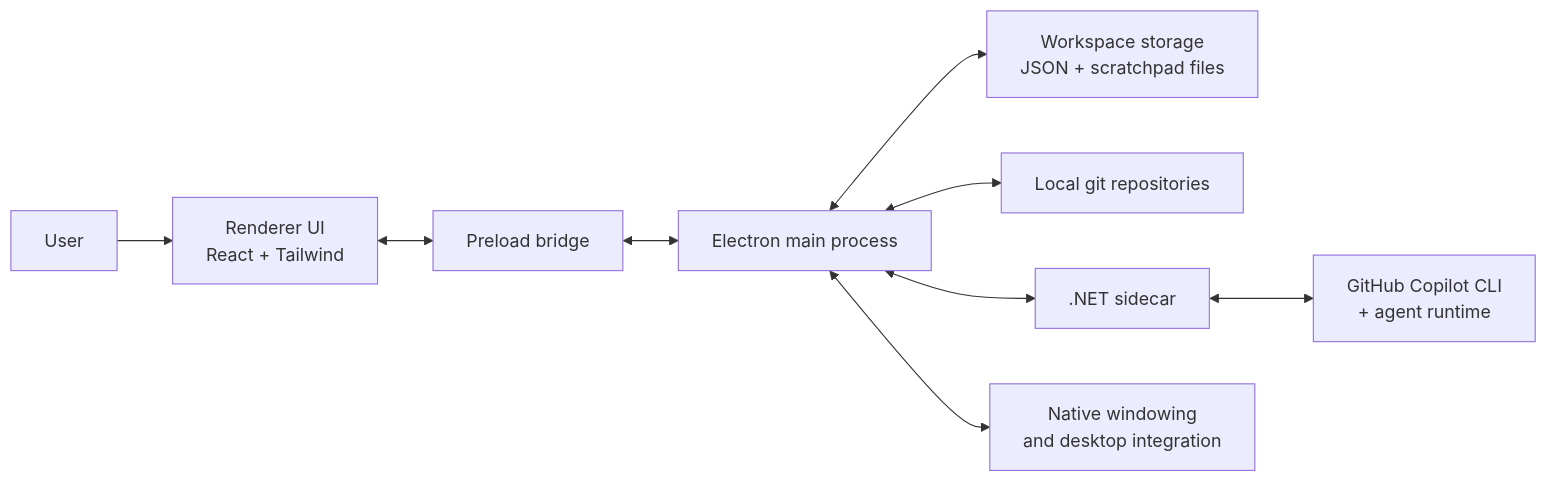
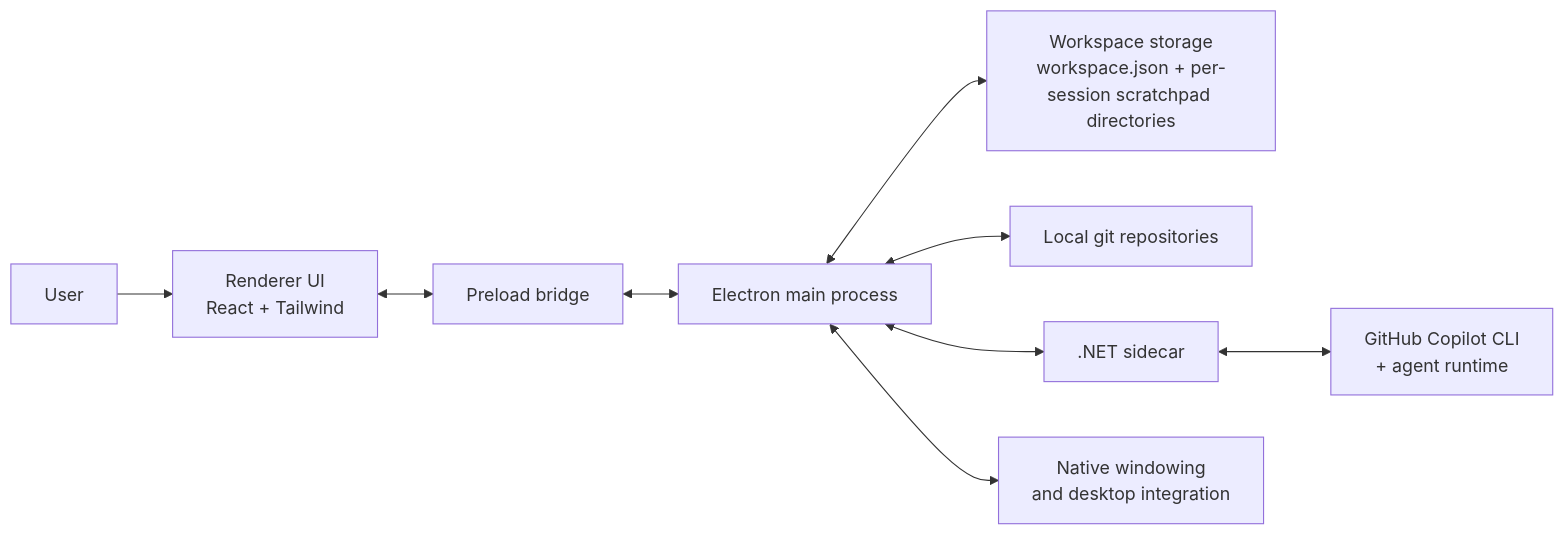
One commit to davidkaya/aryx changed the first of 2 diagrams in ARCHITECTURE.md. Above: the diagram before and after it, drawn with Mermaid. The commit also changed other lines of this file and 8 other files, not shown here.

First line of the commit message:
fix: isolate scratchpad session working directories

````diff
--- a/ARCHITECTURE.md
+++ b/ARCHITECTURE.md
@@ -30,21 +30,21 @@
 ```mermaid
 flowchart LR
     User[User]
     Renderer[Renderer UI<br/>React + Tailwind]
     Preload[Preload bridge]
     Main[Electron main process]
-    Workspace[Workspace storage<br/>JSON + scratchpad files]
+    Workspace[Workspace storage<br/>workspace.json + per-session scratchpad directories]
     Git[Local git repositories]
     Sidecar[.NET sidecar]
     Copilot[GitHub Copilot CLI<br/>+ agent runtime]
     OS[Native windowing<br/>and desktop integration]
 
     User --> Renderer
     Renderer <--> Preload
     Preload <--> Main
     Main <--> Workspace
     Main <--> Git
     Main <--> Sidecar
     Sidecar <--> Copilot
     Main <--> OS
 ```
````
